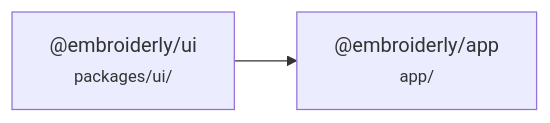
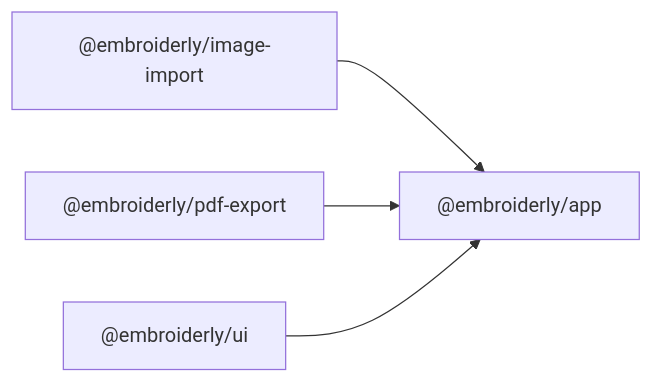
The diagram in .agents/skills/embroiderly-verify/SKILL.md (embroidery-space/embroiderly), drawn with Mermaid before and after one commit. The commit also changed other lines of this file, not shown here.

Commit message:
update `embroiderly-verify` skill

````diff
--- a/.agents/skills/embroiderly-verify/SKILL.md
+++ b/.agents/skills/embroiderly-verify/SKILL.md
@@ -24,7 +29,11 @@
 ```mermaid
 graph LR
-  ui["@embroiderly/ui<br/><small>packages/ui/</small>"]
-  app["@embroiderly/app<br/><small>app/</small>"]
+  app["@embroiderly/app"]
+  img["@embroiderly/image-import"]
+  pdf["@embroiderly/pdf-export"]
+  ui["@embroiderly/ui"]
 
+  img --> app
+  pdf --> app
   ui --> app
 ```
````
